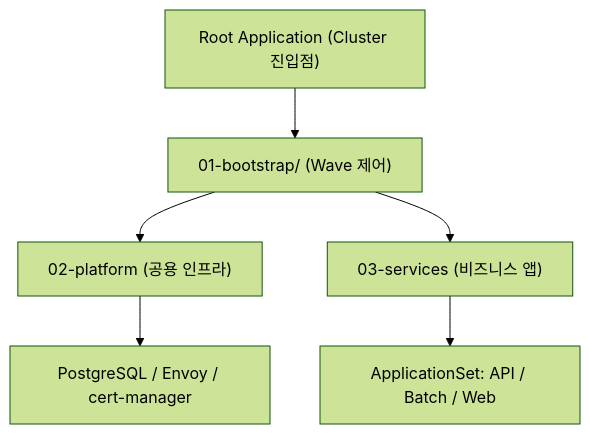
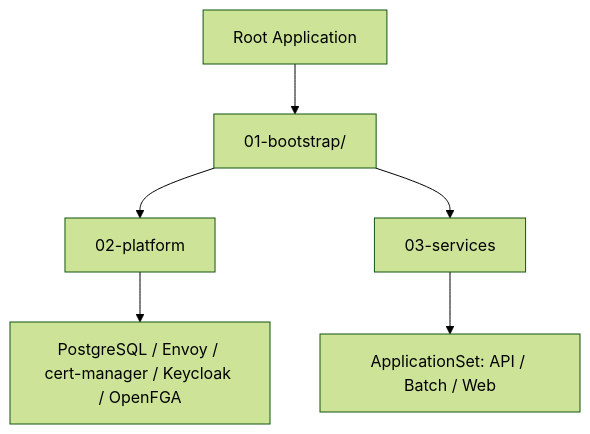
Before and after one commit to paranema/contentria: the diagram in infra/gitops/README.md, drawn with Mermaid (forest theme). The commit also changed other lines of this file and 5 other files, not shown here.

````diff
--- a/infra/gitops/README.md
+++ b/infra/gitops/README.md
@@ -12,9 +11,9 @@
 ```mermaid
 flowchart TD
-    root["Root Application (Cluster 진입점)"] --> bdev["01-bootstrap/<env> (Wave 제어)"]
-    bdev --> p["02-platform (공용 인프라)"]
-    bdev --> s["03-services (비즈니스 앱)"]
+    root["Root Application"] --> bdev["01-bootstrap/<env>"]
+    bdev --> p["02-platform"]
+    bdev --> s["03-services"]
 
-    p --> p1["PostgreSQL / Envoy / cert-manager"]
+    p --> p1["PostgreSQL / Envoy / cert-manager / Keycloak / OpenFGA"]
     s --> s1["ApplicationSet: API / Batch / Web"]
 ```
````
